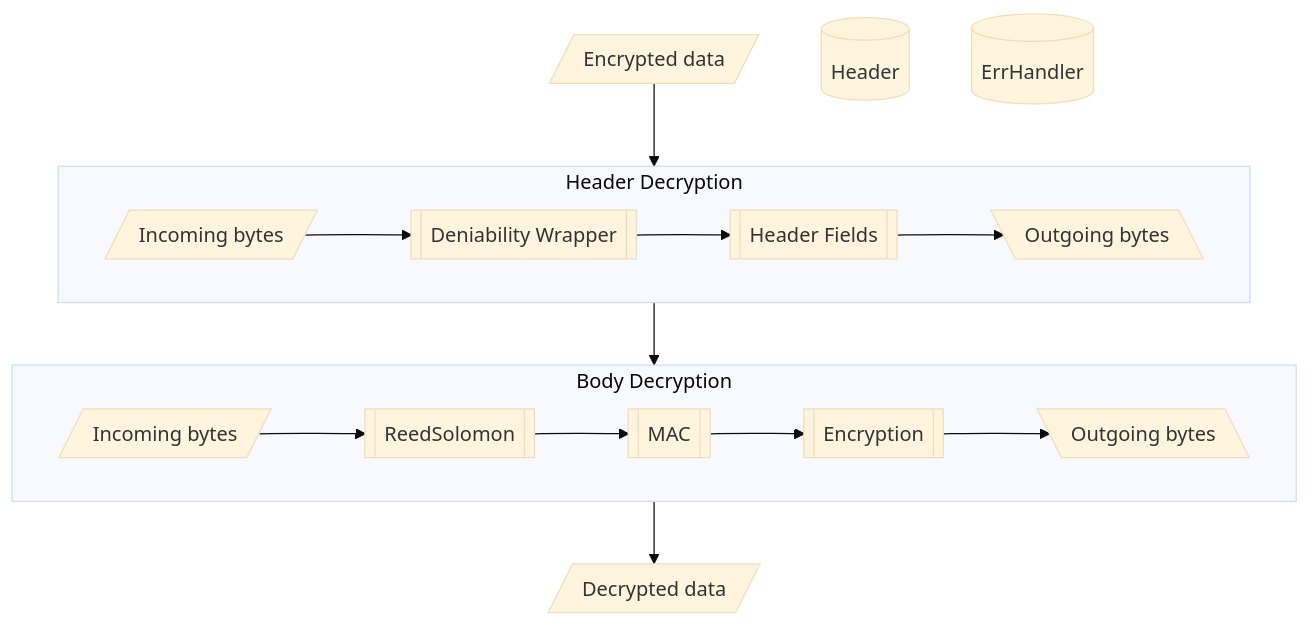
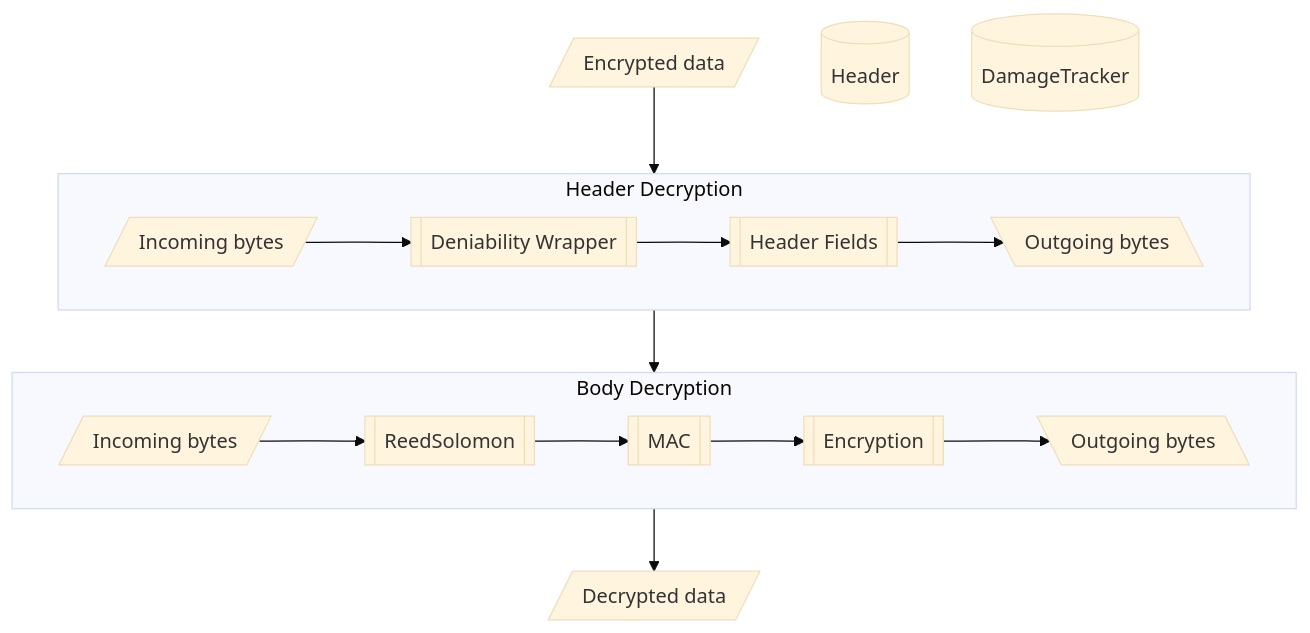
One commit to njhuffman/picocryption changed the first of 5 diagrams in docs/code_architecture.md. Above: the diagram before and after it, drawn with Mermaid (base theme). The commit also changed other lines of this file, not shown here.

````diff
--- a/docs/code_architecture.md
+++ b/docs/code_architecture.md
@@ -13,33 +12,33 @@
 ```mermaid
 flowchart TB
 
   subgraph SH[Header Decryption]
     direction LR
 
     SH_S1[[Deniability Wrapper]]
     SH_S2[[Header Fields]]
 
     SH_A[/Incoming bytes/] --> SH_S1 --> SH_S2 --> SH_B[\Outgoing bytes\]
 
   end
 
   subgraph SB[Body Decryption]
     direction LR
 
     SB_A[/Incoming bytes/]
     SB_S1[[ReedSolomon]]
     SB_S2[[MAC]]
     SB_S3[[Encryption]]
     SB_SB[\Outgoing bytes\]
 
     SB_A --> SB_S1
     SB_S1 --> SB_S2
     SB_S2 --> SB_S3
     SB_S3 --> SB_SB
   end
 
   A[/Encrypted data/] --> SH --> SB --> B[/Decrypted data/]
 
   HEADER[(Header)]
-  ERR[(ErrHandler)]
+  DMG[(DamageTracker)]
 ```
````
